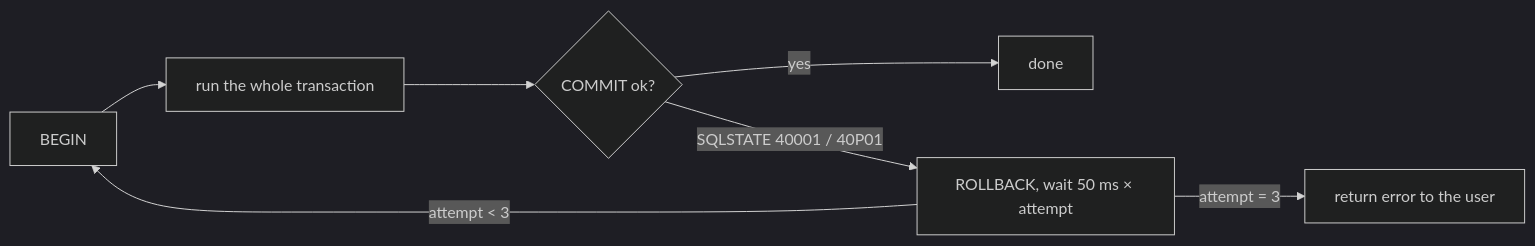
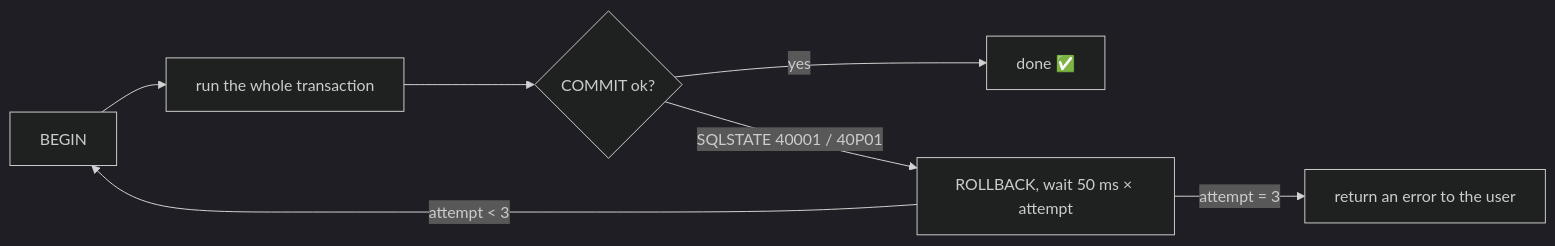
Diagram 12 of 12 in Doc/06-transactions-mvcc/02-isolation-levels.md (wesamkhateeb98-creator/postgresql-zero-to-hero), drawn with Mermaid (dark theme) before and after one commit. The commit also changed other lines of this file, not shown here.

````diff
--- a/Doc/06-transactions-mvcc/02-isolation-levels.md
+++ b/Doc/06-transactions-mvcc/02-isolation-levels.md
@@ -258,9 +667,9 @@
 ```mermaid
 flowchart LR
     S["BEGIN"] --> W["run the whole transaction"]
     W --> C{"COMMIT ok?"}
-    C -->|"yes"| D["done"]
+    C -->|"yes"| D["done ✅"]
     C -->|"SQLSTATE 40001 / 40P01"| R["ROLLBACK, wait 50 ms × attempt"]
     R -->|"attempt < 3"| S
-    R -->|"attempt = 3"| F["return error to the user"]
+    R -->|"attempt = 3"| F["return an error to the user"]
 ```
````
